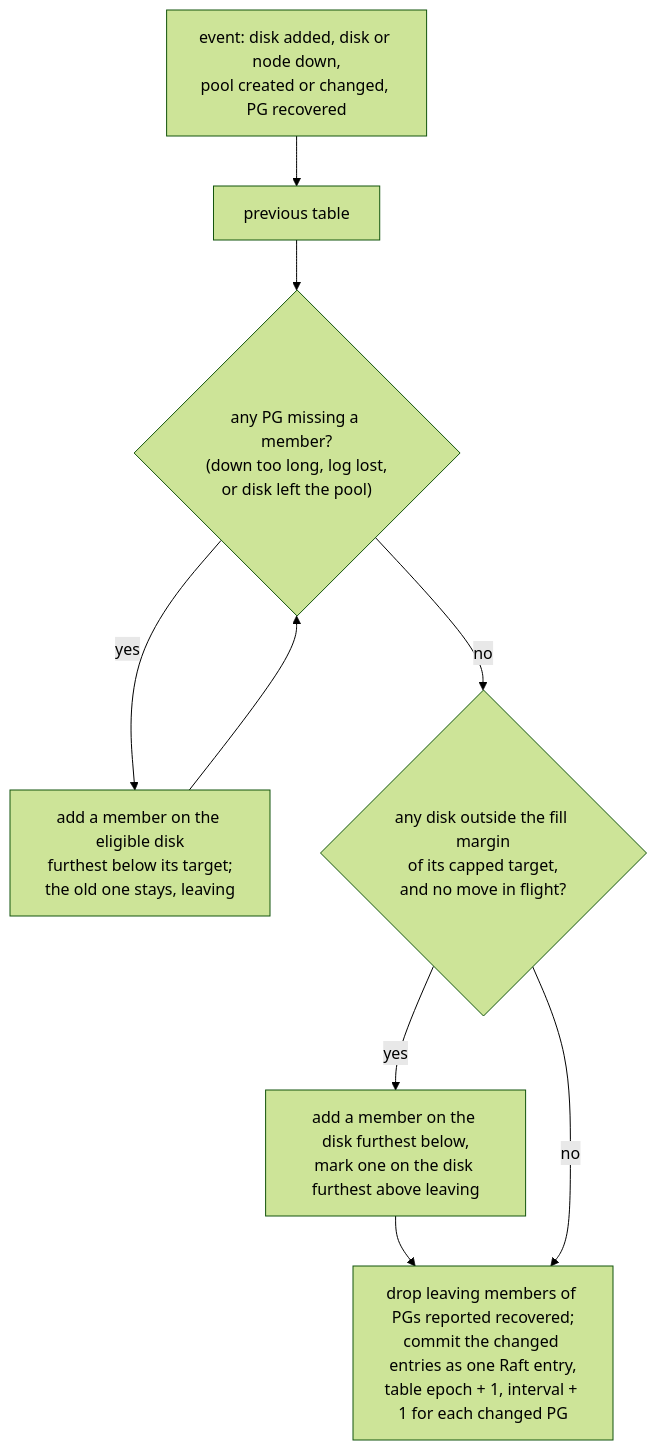
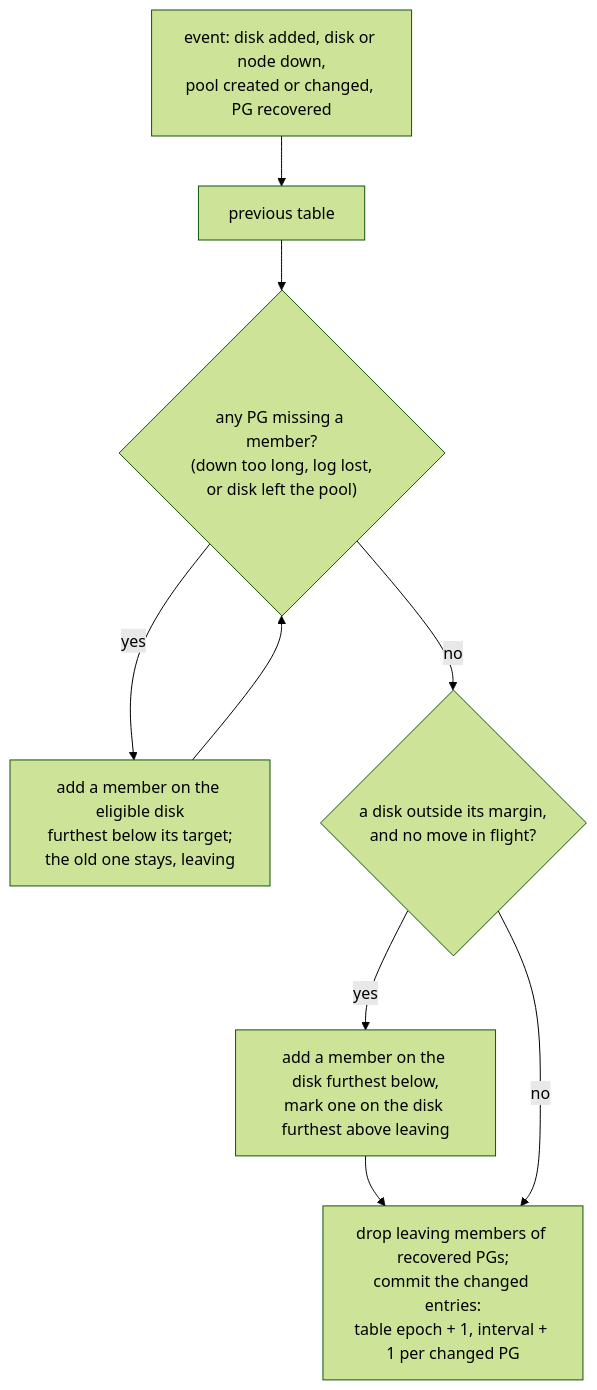
Before and after one commit to nvcnvn/rock-solid: the second of 4 diagrams in blogs/02-chunks-and-placement.md, drawn with Mermaid (forest theme). The commit also changed other lines of this file, not shown here.

````diff
--- a/blogs/02-chunks-and-placement.md
+++ b/blogs/02-chunks-and-placement.md
@@ -402,11 +306,11 @@
 ```mermaid
 flowchart TD
     E["event: disk added, disk or node down,<br/>pool created or changed, PG recovered"] --> S["previous table"]
     S --> M{"any PG missing a member?<br/>(down too long, log lost,<br/>or disk left the pool)"}
     M -- "yes" --> R["add a member on the eligible disk<br/>furthest below its target;<br/>the old one stays, leaving"]
     R --> M
-    M -- "no" --> B{"any disk outside the fill margin<br/>of its capped target,<br/>and no move in flight?"}
+    M -- "no" --> B{"a disk outside its margin,<br/>and no move in flight?"}
     B -- "yes" --> MV["add a member on the disk furthest below,<br/>mark one on the disk furthest above leaving"]
     MV --> C
-    B -- "no" --> C["drop leaving members of PGs reported recovered;<br/>commit the changed entries as one Raft entry,<br/>table epoch + 1, interval + 1 for each changed PG"]
+    B -- "no" --> C["drop leaving members of recovered PGs;<br/>commit the changed entries:<br/>table epoch + 1, interval + 1 per changed PG"]
 ```
````
